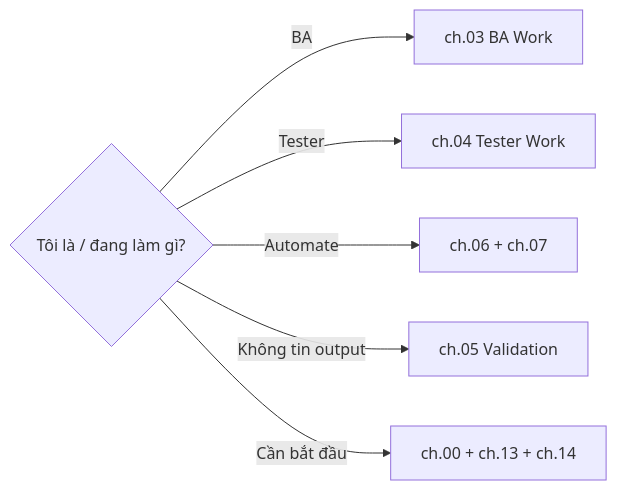
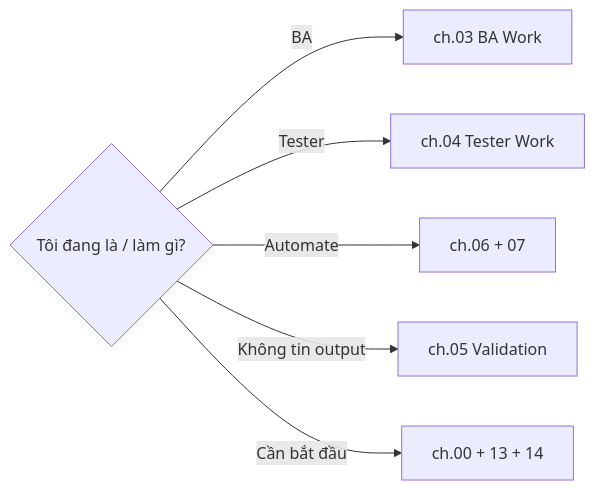
Before and after one commit to heino-labs/gen-ai-labs: the second of 2 diagrams in docs/curriculum/MODULE-01-ai-handbook.md, drawn with Mermaid. The commit also changed other lines of this file and 10 other files, not shown here.

Commit message:
Refactor MODULE-09-capstone.md and README.md for clarity and structure; enhance narrative flow and emphasize evidence-based learning in AI testing curriculum.

````diff
--- a/docs/curriculum/MODULE-01-ai-handbook.md
+++ b/docs/curriculum/MODULE-01-ai-handbook.md
@@ -130,9 +81,9 @@
 ```mermaid
 flowchart LR
-    ROLE{"Tôi là / đang làm gì?"}
+    ROLE{"Tôi đang là / làm gì?"}
     ROLE -- BA --> C3["ch.03 BA Work"]
     ROLE -- Tester --> C4["ch.04 Tester Work"]
-    ROLE -- Automate --> C6["ch.06 + ch.07"]
+    ROLE -- Automate --> C6["ch.06 + 07"]
     ROLE -- Không tin output --> C5["ch.05 Validation"]
-    ROLE -- Cần bắt đầu --> C0["ch.00 + ch.13 + ch.14"]
+    ROLE -- Cần bắt đầu --> C0["ch.00 + 13 + 14"]
 ```
````
